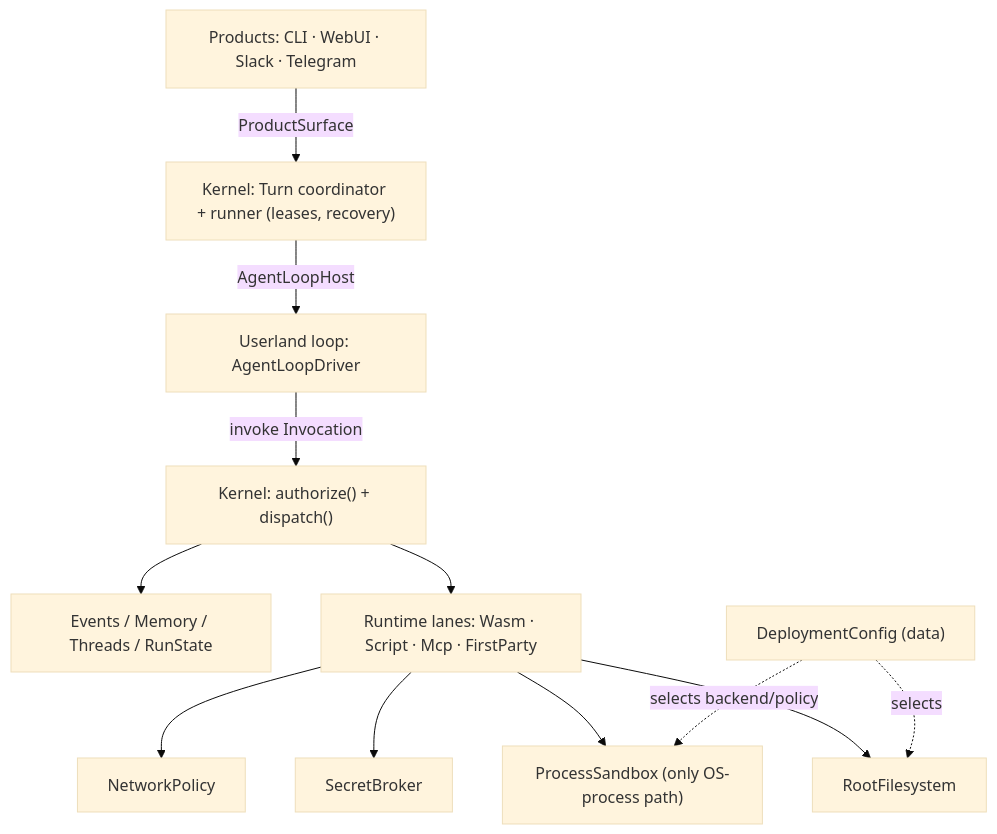
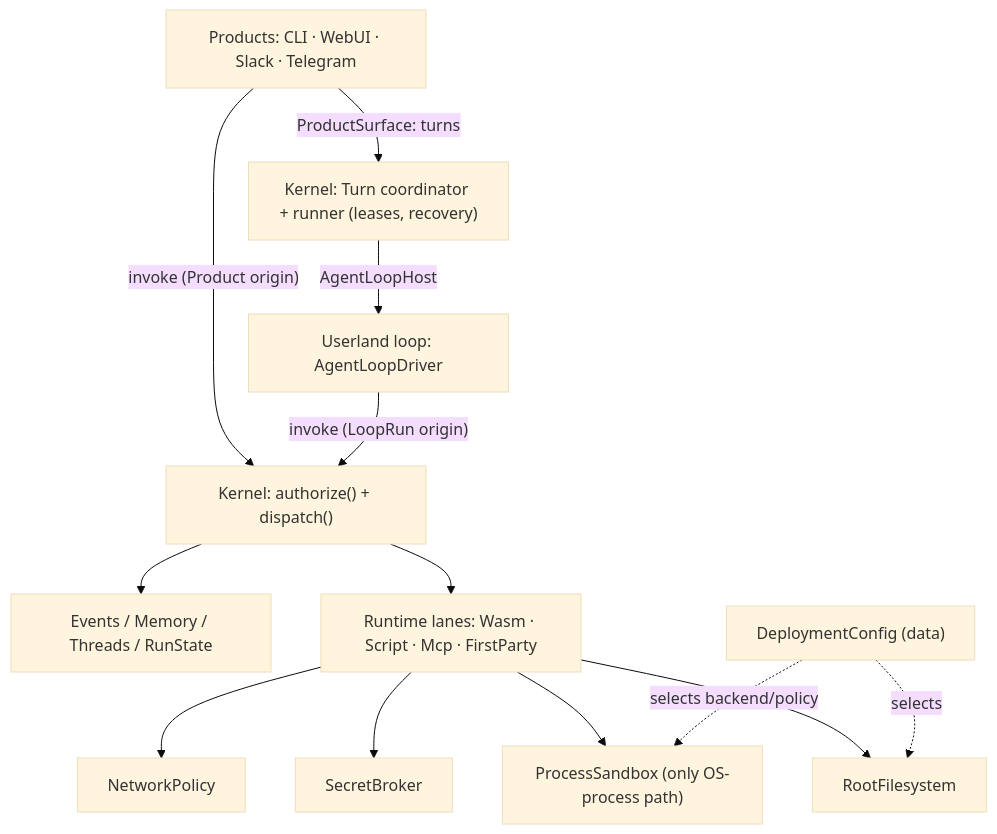
The diagram in docs/reborn/2026-07-17-architecture-simplification-dto-dyn-local.md (nearai/ironclaw), drawn with Mermaid (base theme) before and after one commit. The commit also changed other lines of this file, not shown here.

````diff
--- a/docs/reborn/2026-07-17-architecture-simplification-dto-dyn-local.md
+++ b/docs/reborn/2026-07-17-architecture-simplification-dto-dyn-local.md
@@ -724,26 +866,27 @@
 ```mermaid
 flowchart TD
     P["Products: CLI · WebUI · Slack · Telegram"]
     TC["Kernel: Turn coordinator + runner (leases, recovery)"]
     CAP["Kernel: authorize() + dispatch()"]
     L["Userland loop: AgentLoopDriver"]
     FS["RootFilesystem"]
     PS["ProcessSandbox (only OS-process path)"]
     SB["SecretBroker"]
     NP["NetworkPolicy"]
     EV["Events / Memory / Threads / RunState"]
     RL["Runtime lanes: Wasm · Script · Mcp · FirstParty"]
     CFG["DeploymentConfig (data)"]
 
-    P -->|ProductSurface| TC
+    P -->|ProductSurface: turns| TC
+    P -->|"invoke (Product origin)"| CAP
     TC -->|AgentLoopHost| L
-    L -->|invoke Invocation| CAP
+    L -->|"invoke (LoopRun origin)"| CAP
     CAP --> RL
     RL --> FS
     RL --> PS
     RL --> SB
     RL --> NP
     CAP --> EV
     CFG -. selects backend/policy .-> PS
     CFG -. selects .-> FS
 ```
````
